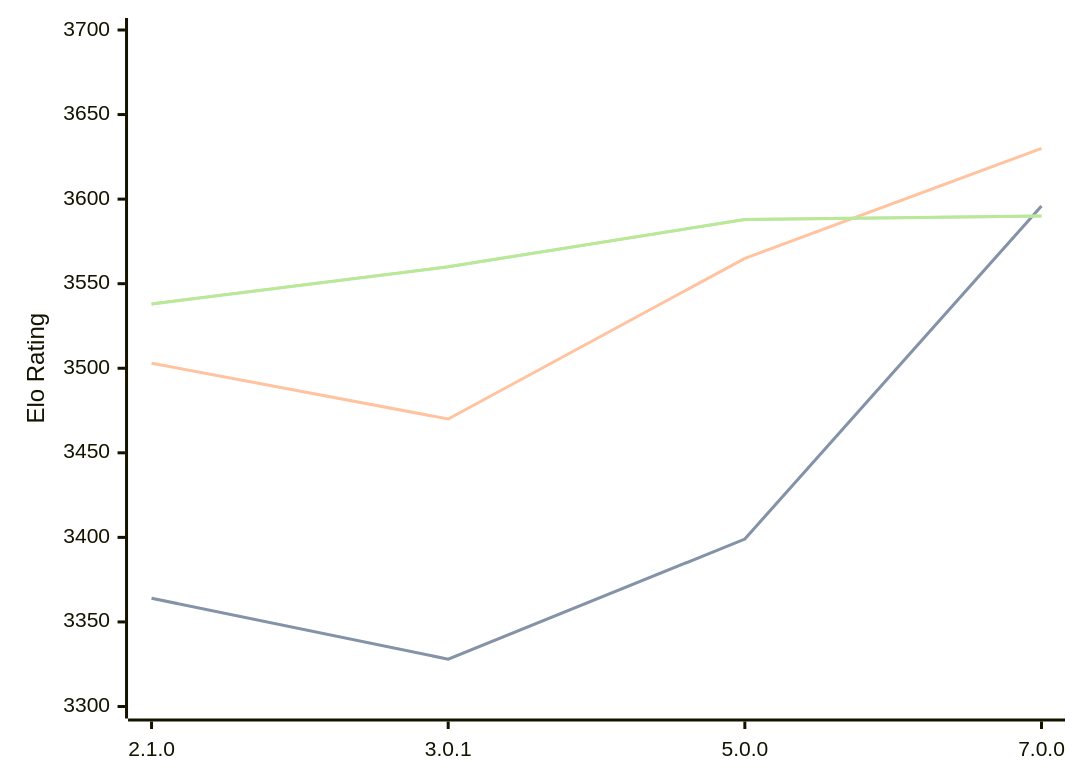
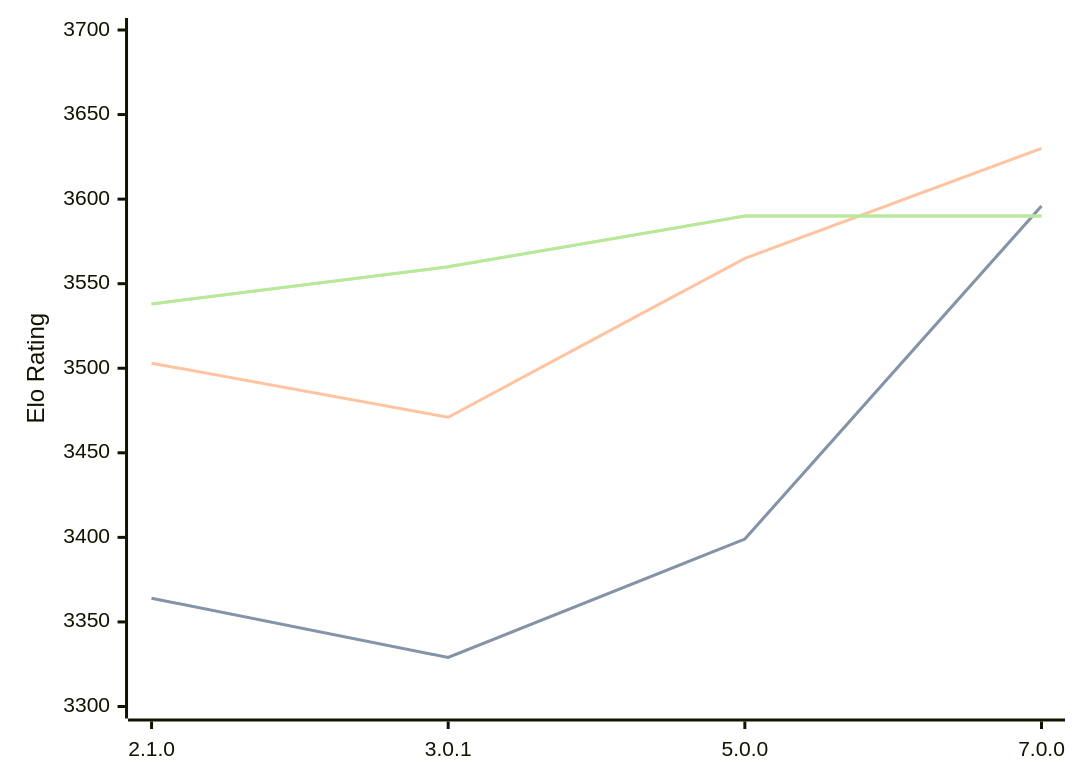
Before and after one commit to computer-chess-index/cci: the diagram in engines/PlentyChess.md, drawn with Mermaid. The commit also changed other lines of this file, not shown here.

Commit message:
Update CCI Ratings (ELO VLTC) - 2026-02-18

````diff
--- a/engines/PlentyChess.md
+++ b/engines/PlentyChess.md
@@ -42,11 +42,11 @@
 ```mermaid
 %%{init: {"theme":"base","themeVariables":{"seriesColors:['#a3a3a3','#222221','#faa371']}}}%%
 xychart-beta
   x-axis ["2.1.0", "3.0.1", "5.0.0", "7.0.0"]
   y-axis "Elo Rating" 3300 --> 3700
-  line "STC (8.0+0.08s)" [3364, 3328, 3399, 3596]
-  line "STC (8.0+0.08s)" [3364, 3328, 3399, 3596]
-  line "LTC (60.0+0.60s)" [3503, 3470, 3565, 3630]
-  line "VLTC (2m24s+1.12s)" [3538, 3560, 3588, 3590]
-  line "VLTC (2m24s+1.12s)" [3538, 3560, 3588, 3590]
+  line "STC (8.0+0.08s)" [3364, 3329, 3399, 3596]
+  line "STC (8.0+0.08s)" [3364, 3329, 3399, 3596]
+  line "LTC (60.0+0.60s)" [3503, 3471, 3565, 3630]
+  line "VLTC (2m24s+1.12s)" [3538, 3560, 3590, 3590]
+  line "VLTC (2m24s+1.12s)" [3538, 3560, 3590, 3590]
 ```
````
